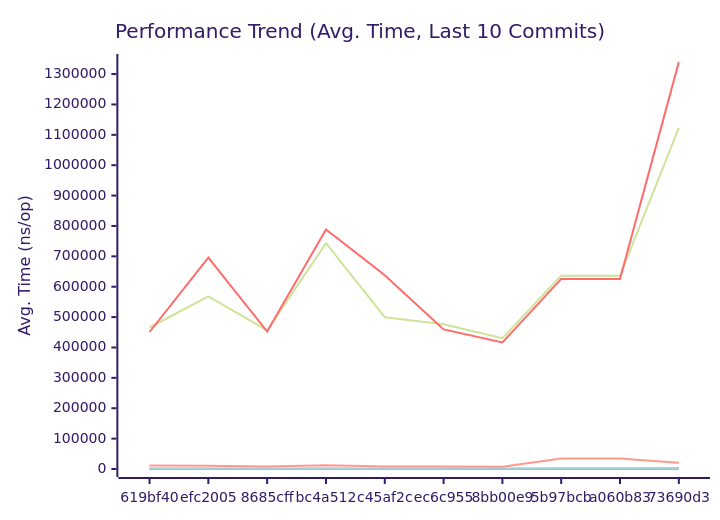
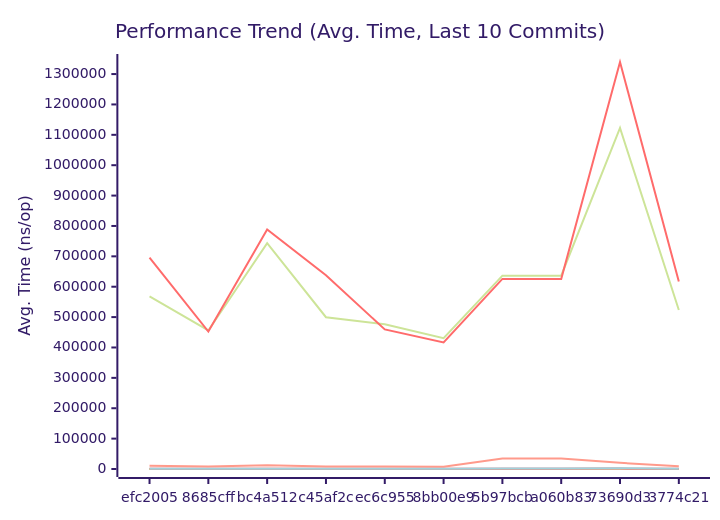
One commit to alsotoes/momo changed the first of 3 diagrams in docs/PERFORMANCE.md. Above: the diagram before and after it, drawn with Mermaid (forest theme). The commit also changed other lines of this file and 15 other files, not shown here.

````diff
--- a/docs/PERFORMANCE.md
+++ b/docs/PERFORMANCE.md
@@ -145,20 +146,20 @@
 ```mermaid
 xychart-beta
     title "Performance Trend (Avg. Time, Last 10 Commits)"
     x-axis "Commit"
     y-axis "Avg. Time (ns/op)"
-    x-axis [619bf40,efc2005,8685cff,bc4a512,c45af2c,ec6c955,8bb00e9,5b97bcb,a060b83,73690d3]
-    line "AWSChunkedReaderSigned" [465777,568519,455946,743381,499698,476394,430367,636323,636323,1122523]
-    line "AWSChunkedReaderUnsigned" [450952,695863,452536,788330,637971,459420,416513,625607,625607,1339704]
-    line "CheckMetricsAndSwap" [9,12,8,14,9,8,8,19,19,26]
-    line "CrushOptimized" [409,430,318,551,318,348,309,680,680,668]
-    line "CrushOriginal" [590,762,454,2113,682,547,422,752,752,1263]
-    line "IndexDirectTracking" [0,1,0,1,0,0,0,0,0,1]
-    line "IndexSearch" [3,4,3,4,3,3,3,3,3,4]
-    line "LoadGlobalConfig" [11444,10501,8376,12340,8029,8057,7072,34747,34747,20485]
-    line "PadString" [56,70,48,81,49,48,39,128,128,128]
+    x-axis [efc2005,8685cff,bc4a512,c45af2c,ec6c955,8bb00e9,5b97bcb,a060b83,73690d3,3774c21]
+    line "AWSChunkedReaderSigned" [568519,455946,743381,499698,476394,430367,636323,636323,1122523,523462]
+    line "AWSChunkedReaderUnsigned" [695863,452536,788330,637971,459420,416513,625607,625607,1339704,616920]
+    line "CheckMetricsAndSwap" [12,8,14,9,8,8,19,19,26,13]
+    line "CrushOptimized" [430,318,551,318,348,309,680,680,668,404]
+    line "CrushOriginal" [762,454,2113,682,547,422,752,752,1263,789]
+    line "IndexDirectTracking" [1,0,1,0,0,0,0,0,1,1]
+    line "IndexSearch" [4,3,4,3,3,3,3,3,4,2]
+    line "LoadGlobalConfig" [10501,8376,12340,8029,8057,7072,34747,34747,20485,8970]
+    line "PadString" [70,48,81,49,48,39,128,128,128,43]
     line "ParseReplicationOrder_NoPrealloc" [350,349,357,354,345,225,229,165,232,234]
     line "ParseReplicationOrder_Prealloc" [229,231,237,234,229,108,107,80,110,109]
-    line "SanitizeLog/Safe" [509,554,446,711,548,506,417,827,827,1308]
-    line "SanitizeLog/Unsafe" [684,714,605,1045,670,548,504,1598,1598,2365]
+    line "SanitizeLog/Safe" [554,446,711,548,506,417,827,827,1308,563]
+    line "SanitizeLog/Unsafe" [714,605,1045,670,548,504,1598,1598,2365,598]
 ```
````
